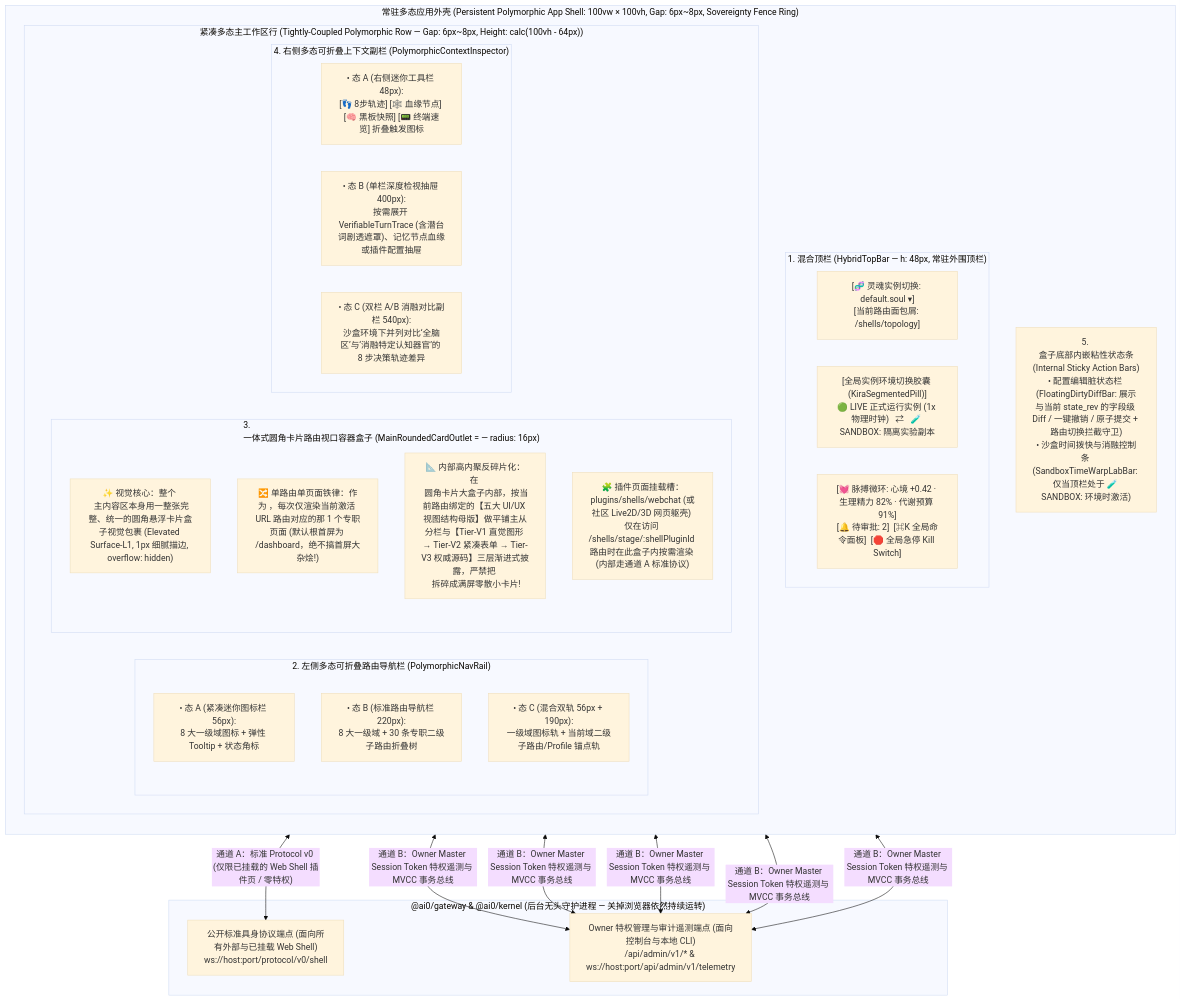
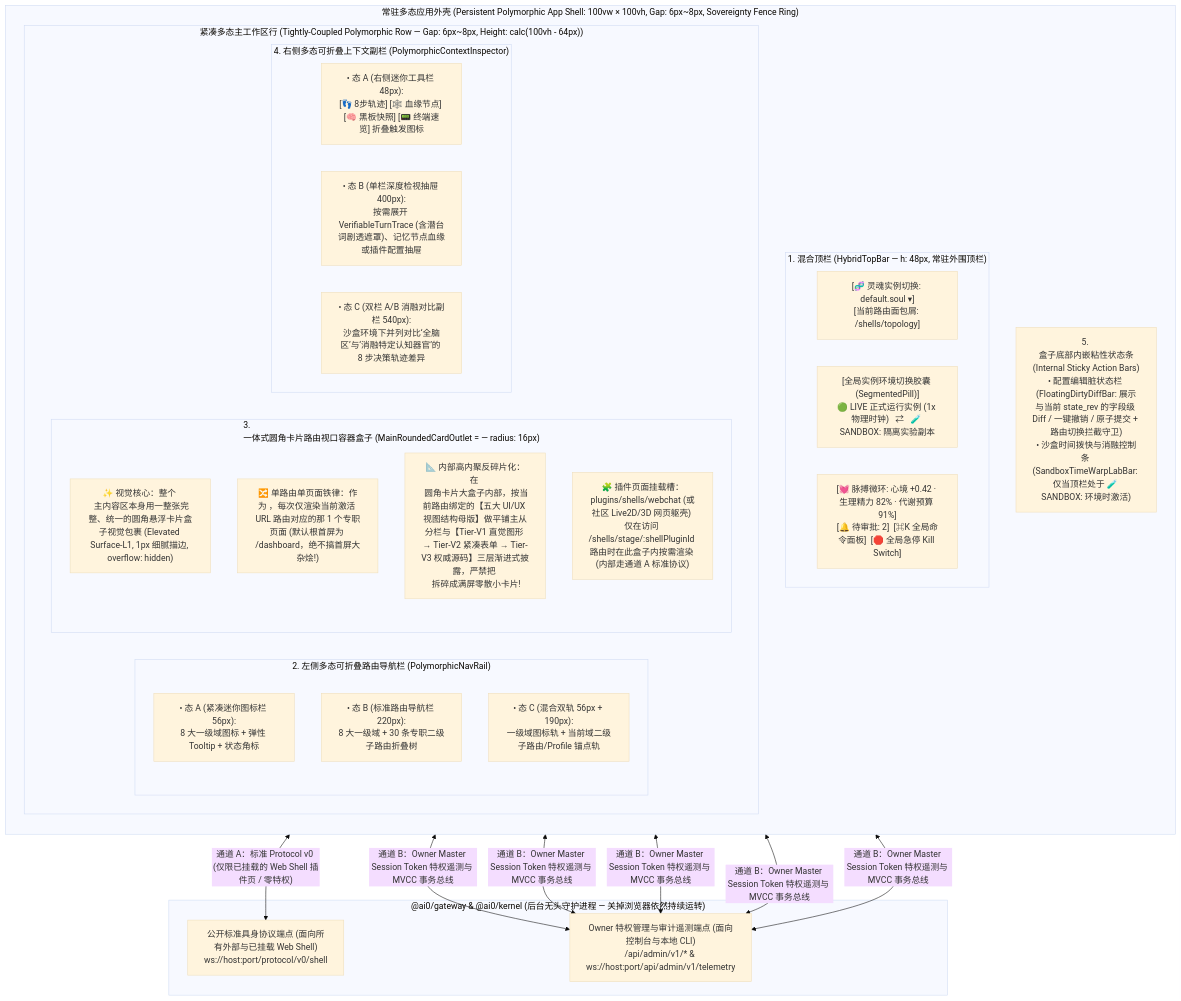
One commit to reina0721/ai0 changed the first of 2 diagrams in docs/architecture/06-webui-console-and-observability-arch.md. Above: the diagram before and after it, drawn with Mermaid (base theme). The commit also changed other lines of this file and 185 other files, not shown here.

````diff
--- a/docs/architecture/06-webui-console-and-observability-arch.md
+++ b/docs/architecture/06-webui-console-and-observability-arch.md
@@ -49,47 +49,47 @@
 ```mermaid
 flowchart TB
     subgraph Viewport["常驻多态应用外壳 (Persistent Polymorphic App Shell: 100vw × 100vh, Gap: 6px~8px, Sovereignty Fence Ring)"]
         direction TB
 
         subgraph TopBar["1. 混合顶栏 (HybridTopBar — h: 48px, 常驻外围顶栏)"]
             direction LR
             T_Left["[🧬 灵魂实例切换: default.soul ▾]<br/>[当前路由面包屑: /shells/topology]"]
-            T_Center["[全局实例环境切换胶囊 (KiraSegmentedPill)]<br/>🟢 LIVE 正式运行实例 (1x 物理时钟)   ⇄   🧪 SANDBOX:<fork_id> 隔离实验副本"]
+            T_Center["[全局实例环境切换胶囊 (SegmentedPill)]<br/>🟢 LIVE 正式运行实例 (1x 物理时钟)   ⇄   🧪 SANDBOX:<fork_id> 隔离实验副本"]
             T_Right["[💓 脉搏微环: 心境 +0.42 · 生理精力 82% · 代谢预算 91%]<br/>[🔔 待审批: 2]  [⌘K 全局命令面板]  [🛑 全局急停 Kill Switch]"]
         end
 
         subgraph WorkspaceRow["紧凑多态主工作区行 (Tightly-Coupled Polymorphic Row — Gap: 6px~8px, Height: calc(100vh - 64px))"]
             direction LR
 
             subgraph LeftRail["2. 左侧多态可折叠路由导航栏 (PolymorphicNavRail)"]
                 L_StateA["• 态 A (紧凑迷你图标栏 56px):<br/>8 大一级域图标 + 弹性 Tooltip + 状态角标"]
                 L_StateB["• 态 B (标准路由导航栏 220px):<br/>8 大一级域 + 30 条专职二级子路由折叠树"]
                 L_StateC["• 态 C (混合双轨 56px + 190px):<br/>一级域图标轨 + 当前域二级子路由/Profile 锚点轨"]
             end
 
             subgraph MainCardOutlet["3. <main> 一体式圆角卡片路由视口容器盒子 (MainRoundedCardOutlet = <RouterOutlet /> — radius: 16px)"]
                 direction TB
                 M_Rule1["✨ 视觉核心：整个 <main> 主内容区本身用一整张完整、统一的圆角悬浮卡片盒子视觉包裹 (Elevated Surface-L1, 1px 细腻描边, overflow: hidden)"]
                 M_Rule2["🔀 单路由单页面铁律：作为 <RouterOutlet />，每次仅渲染当前激活 URL 路由对应的那 1 个专职页面 (默认根首屏为 /dashboard，绝不搞首屏大杂烩!)"]
                 M_Rule3["📐 内部高内聚反碎片化：在 <main> 圆角卡片大盒子内部，按当前路由绑定的【五大 UI/UX 视图结构母版】做平铺主从分栏与【Tier-V1 直觉图形 → Tier-V2 紧凑表单 → Tier-V3 权威源码】三层渐进式披露，严禁把 <main> 拆碎成满屏零散小卡片!"]
                 M_Rule4["🧩 插件页面挂载槽：plugins/shells/webchat (或社区 Live2D/3D 网页躯壳) 仅在访问 /shells/stage/:shellPluginId 路由时在此盒子内按需渲染 (内部走通道 A 标准协议)"]
             end
 
             subgraph RightRail["4. 右侧多态可折叠上下文副栏 (PolymorphicContextInspector)"]
                 R_StateA["• 态 A (右侧迷你工具栏 48px):<br/>[👣 8步轨迹] [🕸️ 血缘节点] [🧠 黑板快照] [📟 终端速览] 折叠触发图标"]
                 R_StateB["• 态 B (单栏深度检视抽屉 400px):<br/>按需展开 VerifiableTurnTrace (含潜台词剧透遮罩)、记忆节点血缘或插件配置抽屉"]
                 R_StateC["• 态 C (双栏 A/B 消融对比副栏 540px):<br/>沙盒环境下并列对比‘全脑区’与‘消融特定认知器官’的 8 步决策轨迹差异"]
             end
         end
 
         BottomOverlay["5. <main> 盒子底部内嵌粘性状态条 (Internal Sticky Action Bars)<br/>• 配置编辑脏状态栏 (FloatingDirtyDiffBar: 展示与当前 state_rev 的字段级 Diff / 一键撤销 / 原子提交 + 路由切换拦截守卫)<br/>• 沙盒时间拨快与消融控制条 (SandboxTimeWarpLabBar: 仅当顶栏处于 🧪 SANDBOX:<fork_id> 环境时激活)"]
     end
 
     subgraph Backend["@ai0/gateway & @ai0/kernel (后台无头守护进程 — 关掉浏览器依然持续运转)"]
         PublicWS["公开标准具身协议端点 (面向所有外部与已挂载 Web Shell)<br/>ws://host:port/protocol/v0/shell"]
         AdminBus["Owner 特权管理与审计遥测端点 (面向控制台与本地 CLI)<br/>/api/admin/v1/* & ws://host:port/api/admin/v1/telemetry"]
     end
 
     M_Rule4 <-->|"通道 A：标准 Protocol v0 (仅限已挂载的 Web Shell 插件页 / 零特权)"| PublicWS
     TopBar & LeftRail & MainCardOutlet & RightRail & BottomOverlay <-->|"通道 B：Owner Master Session Token 特权遥测与 MVCC 事务总线"| AdminBus
 ```
````
